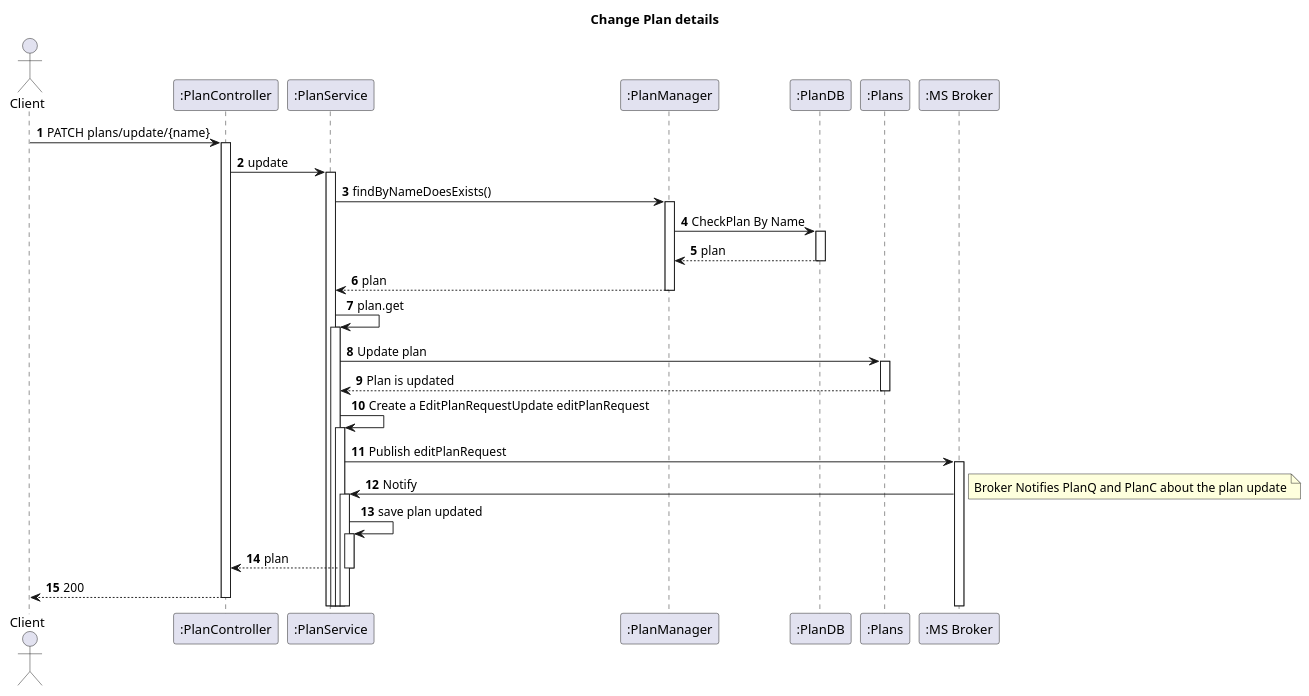
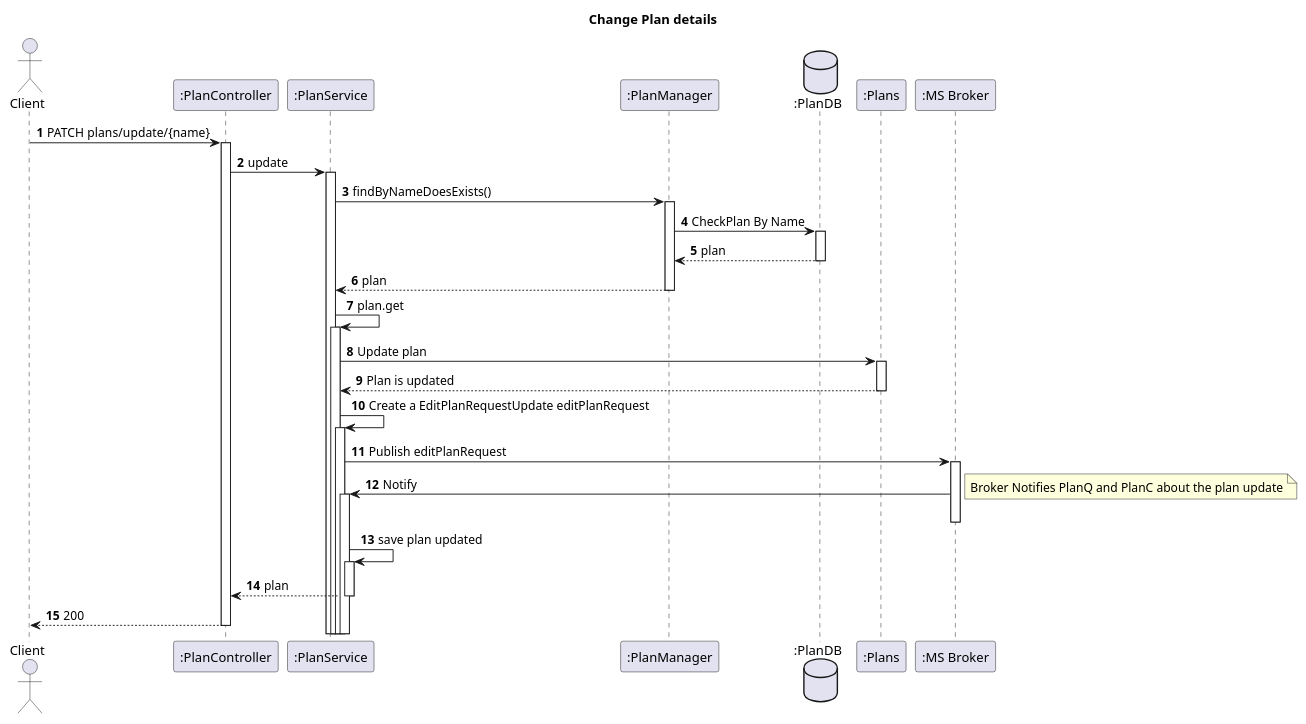
The diagram in docs_sidis/Segunda_Avalição/Plans/Vista_Logica/N3/UserPlanInteractionUpdate.puml (IsepMartimOliveira/SIDIS), drawn with PlantUML before and after one commit. The commit also changed 7 other files, not shown here.

```diff
--- a/docs_sidis/Segunda_Avalição/Plans/Vista_Logica/N3/UserPlanInteractionUpdate.puml
+++ b/docs_sidis/Segunda_Avalição/Plans/Vista_Logica/N3/UserPlanInteractionUpdate.puml
@@ -1,43 +1,44 @@
 @startuml
 'https://plantuml.com/sequence-diagram
 autoactivate on
 autonumber
 title  Change Plan details
 
 autonumber
 
 actor "Client" as Ac
 participant ":PlanController" as PlanController
 participant ":PlanService" as PService
 participant ":PlanManager" as PManager
-participant ":PlanDB" as PDB
+database ":PlanDB" as PDB
 participant ":Plans" as Plan
 participant ":MS Broker" as Broker
 
 
 
 
 
 
 Ac->PlanController:PATCH plans/update/{name}
 PlanController->PService:update
 PService->PManager:findByNameDoesExists()
 PManager->PDB:CheckPlan By Name
 PDB-->PManager:plan
 PManager-->PService:plan
 PService->PService:plan.get
 PService->Plan:Update plan
 Plan-->PService:Plan is updated
 PService->PService: Create a EditPlanRequestUpdate editPlanRequest
 PService->Broker:Publish editPlanRequest
 Broker->PService:Notify
+deactivate Broker
 note right
 Broker Notifies PlanQ and PlanC about the plan update
 end note
 PService->PService:save plan updated
 PService-->PlanController:plan
 PlanController-->Ac:200
 
 
 
 @enduml
```
